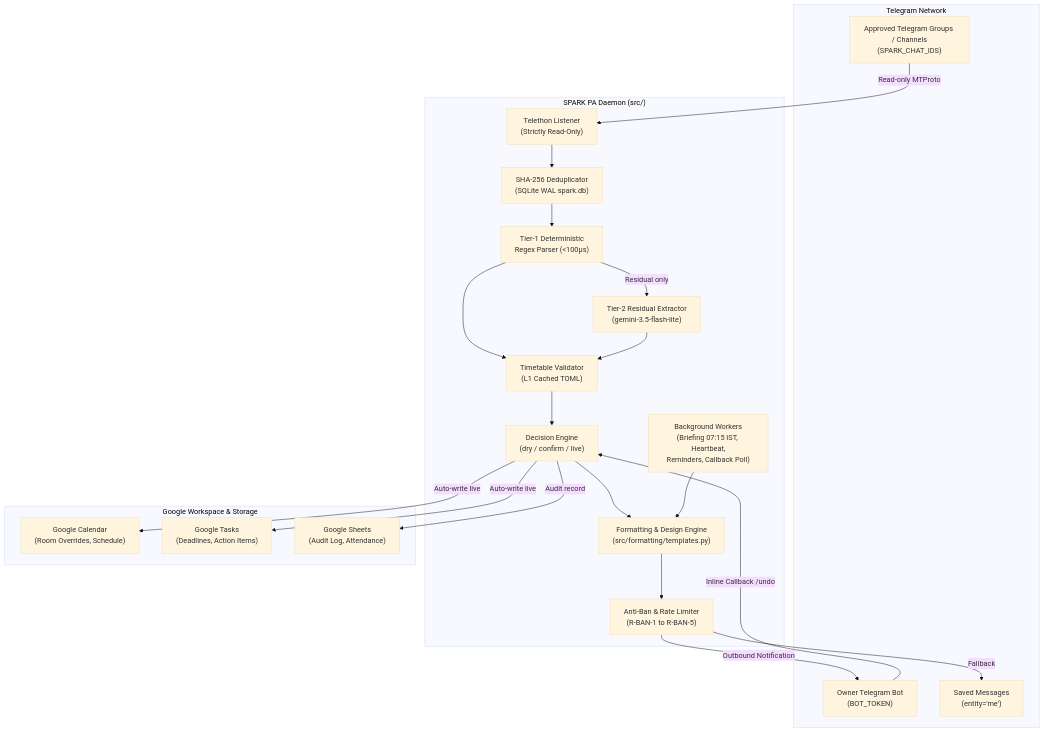
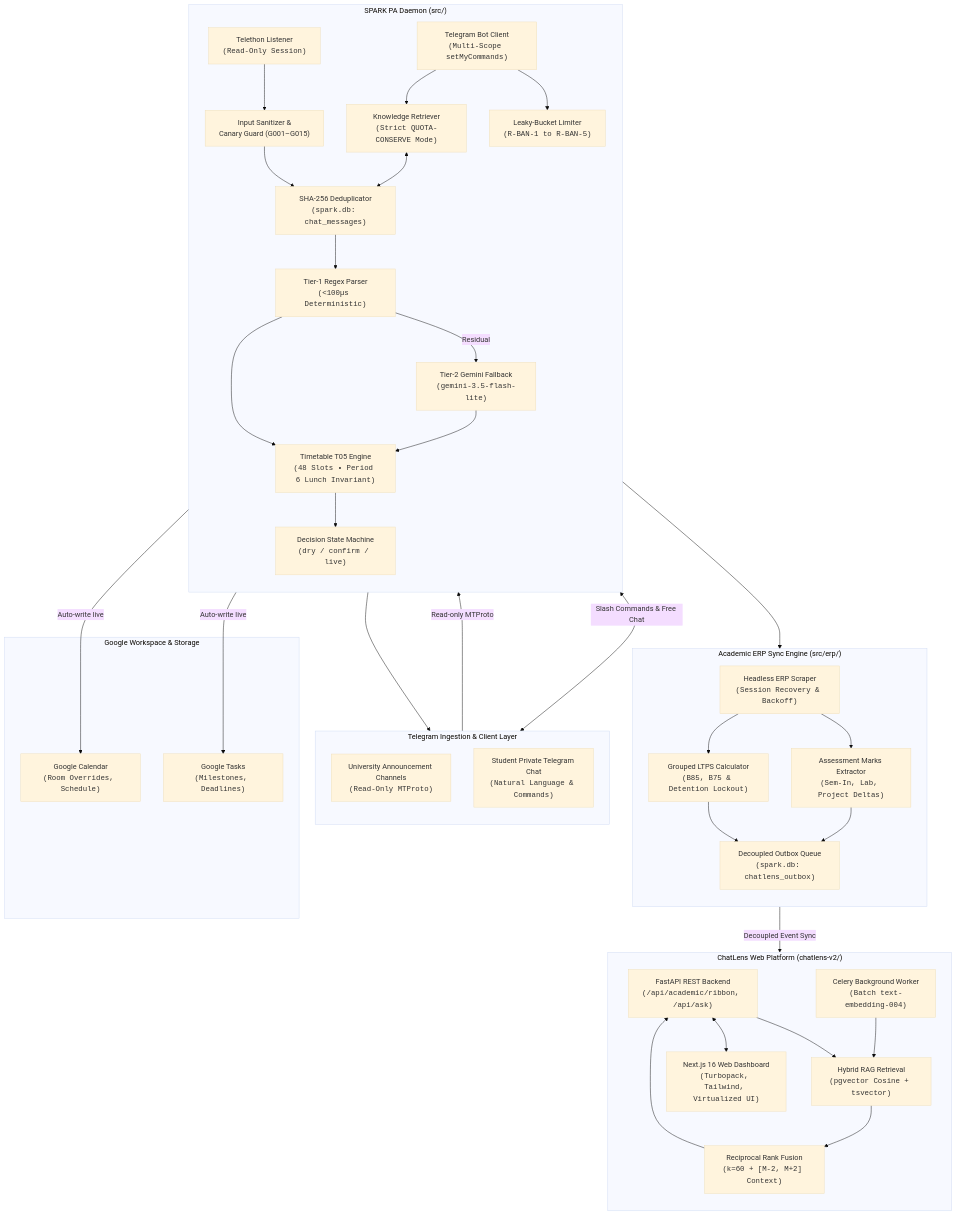
One commit to tejaswin-amara/chatlens changed the first of 2 diagrams in README.md. Above: the diagram before and after it, drawn with Mermaid (base theme). The commit also changed other lines of this file and 52 other files, not shown here.

Commit message:
feat(core): implement T05 academic schedule, LTPS attendance grouping, hybrid RAG & docs overhaul

````diff
--- a/README.md
+++ b/README.md
@@ -22,43 +36,74 @@
 ```mermaid
-graph TD
-    subgraph Telegram["Telegram Network"]
-        TG_Groups["Approved Telegram Groups / Channels<br/>(SPARK_CHAT_IDS)"]
-        TG_Bot["Owner Telegram Bot<br/>(BOT_TOKEN)"]
-        TG_Me["Saved Messages<br/>(entity='me')"]
+flowchart TD
+    subgraph Telegram["Telegram Ingestion & Client Layer"]
+        direction TB
+        TG_Groups["University Announcement Channels<br/><code>(Read-Only MTProto)</code>"]
+        TG_User["Student Private Telegram Chat<br/><code>(Natural Language & Commands)</code>"]
     end
 
     subgraph Daemon["SPARK PA Daemon (src/)"]
-        Listener["Telethon Listener<br/>(Strictly Read-Only)"]
-        Dedupe["SHA-256 Deduplicator<br/>(SQLite WAL spark.db)"]
-        Regex["Tier-1 Deterministic<br/>Regex Parser (<100µs)"]
-        Gemini["Tier-2 Residual Extractor<br/>(gemini-3.5-flash-lite)"]
-        Timetable["Timetable Validator<br/>(L1 Cached TOML)"]
-        Decision["Decision Engine<br/>(dry / confirm / live)"]
-        Formatting["Formatting & Design Engine<br/>(src/formatting/templates.py)"]
-        AntiBan["Anti-Ban & Rate Limiter<br/>(R-BAN-1 to R-BAN-5)"]
-        Scheduler["Background Workers<br/>(Briefing 07:15 IST, Heartbeat,<br/>Reminders, Callback Poll)"]
+        direction TB
+        Telethon["Telethon Listener<br/><code>(Read-Only Session)</code>"]
+        Guard["Input Sanitizer &<br/>Canary Guard (G001–G015)"]
+        Dedupe["SHA-256 Deduplicator<br/><code>(spark.db: chat_messages)</code>"]
+        Regex["Tier-1 Regex Parser<br/><code>(&lt;100µs Deterministic)</code>"]
+        Gemini["Tier-2 Gemini Fallback<br/><code>(gemini-3.5-flash-lite)</code>"]
+        TT_Engine["Timetable T05 Engine<br/><code>(48 Slots • Period 6 Lunch Invariant)</code>"]
+        Decision["Decision State Machine<br/><code>(dry / confirm / live)</code>"]
+        RAG["Knowledge Retriever<br/><code>(Strict QUOTA-CONSERVE Mode)</code>"]
+        RateLimit["Leaky-Bucket Limiter<br/><code>(R-BAN-1 to R-BAN-5)</code>"]
+        Bot["Telegram Bot Client<br/><code>(Multi-Scope setMyCommands)</code>"]
+    end
+
+    subgraph ERP["Academic ERP Sync Engine (src/erp/)"]
+        direction TB
+        Crawler["Headless ERP Scraper<br/><code>(Session Recovery & Backoff)</code>"]
+        LTPS["Grouped LTPS Calculator<br/><code>(B85, B75 & Detention Lockout)</code>"]
+        Marks["Assessment Marks Extractor<br/><code>(Sem-In, Lab, Project Deltas)</code>"]
+        Outbox["Decoupled Outbox Queue<br/><code>(spark.db: chatlens_outbox)</code>"]
+    end
+
+    subgraph Platform["ChatLens Web Platform (chatlens-v2/)"]
+        direction TB
+        API["FastAPI REST Backend<br/><code>(/api/academic/ribbon, /api/ask)</code>"]
+        Hybrid["Hybrid RAG Retrieval<br/><code>(pgvector Cosine + tsvector)</code>"]
+        RRF["Reciprocal Rank Fusion<br/><code>(k=60 + [M-2, M+2] Context)</code>"]
+        Celery["Celery Background Worker<br/><code>(Batch text-embedding-004)</code>"]
+        WebUI["Next.js 16 Web Dashboard<br/><code>(Turbopack, Tailwind, Virtualized UI)</code>"]
     end
 
     subgraph Workspace["Google Workspace & Storage"]
-        GCal["Google Calendar<br/>(Room Overrides, Schedule)"]
-        GTasks["Google Tasks<br/>(Deadlines, Action Items)"]
-        GSheets["Google Sheets<br/>(Audit Log, Attendance)"]
+        GCal["Google Calendar<br/><code>(Room Overrides, Schedule)</code>"]
+        GTasks["Google Tasks<br/><code>(Milestones, Deadlines)</code>"]
     end
 
-    TG_Groups -->|Read-only MTProto| Listener
-    Listener --> Dedupe
+    TG_Groups -->|Read-only MTProto| Telethon
+    Telethon --> Guard
+    Guard --> Dedupe
     Dedupe --> Regex
-    Regex -->|Residual only| Gemini
-    Regex --> Timetable
-    Gemini --> Timetable
-    Timetable --> Decision
+    Regex -->|Residual| Gemini
+    Regex --> TT_Engine
+    Gemini --> TT_Engine
+    TT_Engine --> Decision
     Decision -->|Auto-write live| GCal
     Decision -->|Auto-write live| GTasks
-    Decision -->|Audit record| GSheets
-    Decision --> Formatting
-    Scheduler --> Formatting
-    Formatting --> AntiBan
-    AntiBan -->|Outbound Notification| TG_Bot
-    AntiBan -->|Fallback| TG_Me
-    TG_Bot -->|Inline Callback /undo| Decision
+    Decision --> Outbox
+
+    TG_User <-->|Slash Commands & Free Chat| Bot
+    Bot --> RAG
+    RAG <--> Dedupe
+
+    Crawler --> LTPS
+    Crawler --> Marks
+    LTPS --> Outbox
+    Marks --> Outbox
+
+    Outbox -->|Decoupled Event Sync| API
+    API --> Hybrid
+    Hybrid --> RRF
+    RRF --> API
+    Celery --> Hybrid
+    API <--> WebUI
+    Bot --> RateLimit
+    RateLimit --> TG_User
 ```
````
